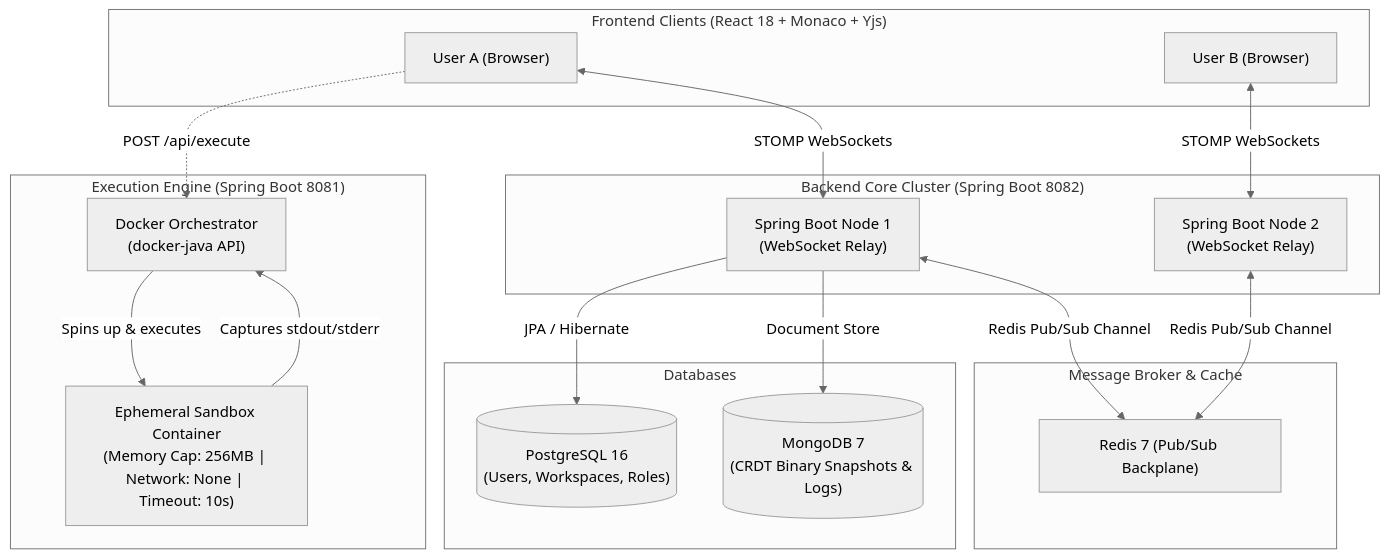
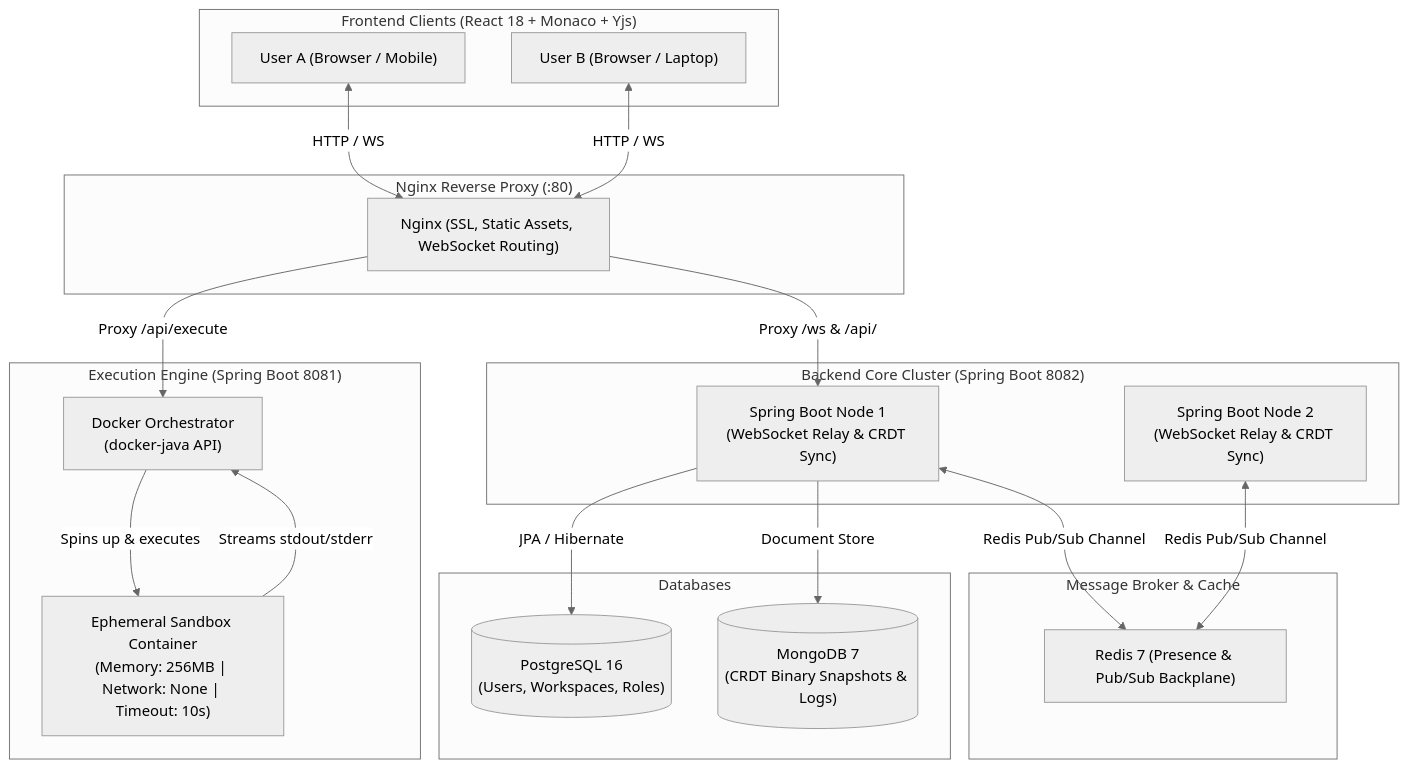
The diagram in README.md (akarshitgupta78/CodeSync), drawn with Mermaid (neutral theme) before and after one commit. The commit also changed other lines of this file, not shown here.

````diff
--- a/README.md
+++ b/README.md
@@ -45,39 +69,45 @@
 ```mermaid
 flowchart TD
     subgraph Clients["Frontend Clients (React 18 + Monaco + Yjs)"]
-        UserA["User A (Browser)"]
-        UserB["User B (Browser)"]
+        UserA["User A (Browser / Mobile)"]
+        UserB["User B (Browser / Laptop)"]
+    end
+
+    subgraph Proxy["Nginx Reverse Proxy (:80)"]
+        Nginx["Nginx (SSL, Static Assets, WebSocket Routing)"]
     end
 
     subgraph Core["Backend Core Cluster (Spring Boot 8082)"]
-        Node1["Spring Boot Node 1<br>(WebSocket Relay)"]
-        Node2["Spring Boot Node 2<br>(WebSocket Relay)"]
+        Node1["Spring Boot Node 1<br>(WebSocket Relay & CRDT Sync)"]
+        Node2["Spring Boot Node 2<br>(WebSocket Relay & CRDT Sync)"]
     end
 
     subgraph Broker["Message Broker & Cache"]
-        Redis["Redis 7 (Pub/Sub Backplane)"]
+        Redis["Redis 7 (Presence & Pub/Sub Backplane)"]
     end
 
     subgraph Storage["Databases"]
         Postgres[("PostgreSQL 16<br>(Users, Workspaces, Roles)")]
         Mongo[("MongoDB 7<br>(CRDT Binary Snapshots & Logs)")]
     end
 
     subgraph Sandbox["Execution Engine (Spring Boot 8081)"]
         Worker["Docker Orchestrator<br>(docker-java API)"]
-        Container["Ephemeral Sandbox Container<br>(Memory Cap: 256MB | Network: None | Timeout: 10s)"]
+        Container["Ephemeral Sandbox Container<br>(Memory: 256MB | Network: None | Timeout: 10s)"]
     end
 
-    UserA <-->|STOMP WebSockets| Node1
-    UserB <-->|STOMP WebSockets| Node2
+    UserA <-->|HTTP / WS| Nginx
+    UserB <-->|HTTP / WS| Nginx
+
+    Nginx -->|Proxy /ws & /api/| Node1
+    Nginx -->|Proxy /api/execute| Worker
 
     Node1 <-->|Redis Pub/Sub Channel| Redis
     Node2 <-->|Redis Pub/Sub Channel| Redis
 
     Node1 -->|JPA / Hibernate| Postgres
     Node1 -->|Document Store| Mongo
 
-    UserA -.->|POST /api/execute| Worker
     Worker -->|Spins up & executes| Container
-    Container -->|Captures stdout/stderr| Worker
+    Container -->|Streams stdout/stderr| Worker
 ```
````
